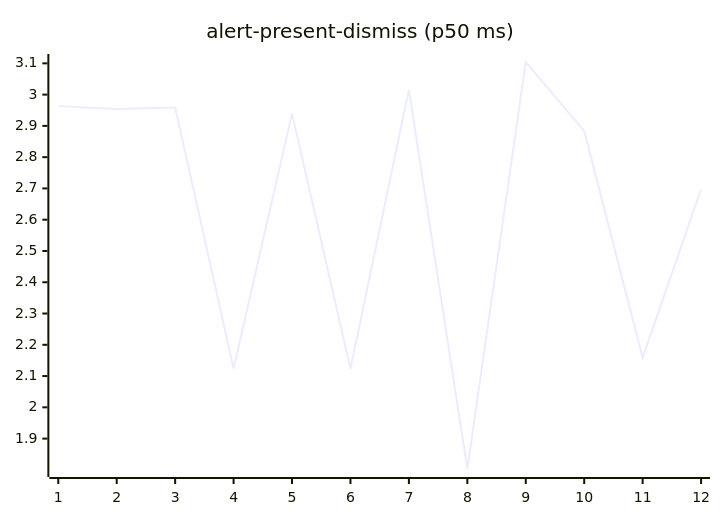
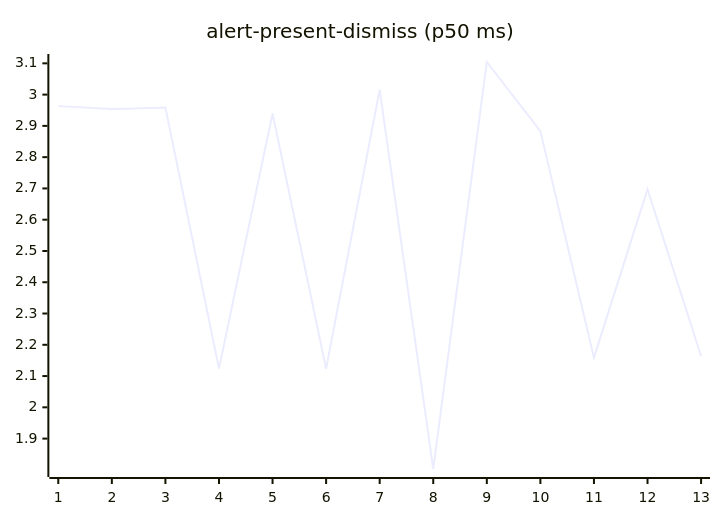
The second of 27 diagrams in README.md (josha/Facet), drawn with Mermaid before and after one commit. The commit also changed other lines of this file and 2 other files, not shown here.

````diff
--- a/README.md
+++ b/README.md
@@ -70,6 +70,6 @@
 ```mermaid
 xychart-beta
     title "alert-present-dismiss (p50 ms)"
-    x-axis 1 --> 12
-    line [2.9632, 2.9538, 2.9589, 2.1244, 2.9396, 2.1232, 3.0157, 1.8028, 3.1043, 2.8834, 2.1588, 2.6974]
+    x-axis 1 --> 13
+    line [2.9632, 2.9538, 2.9589, 2.1244, 2.9396, 2.1232, 3.0157, 1.8028, 3.1043, 2.8834, 2.1588, 2.6974, 2.1643]
 ```
````
